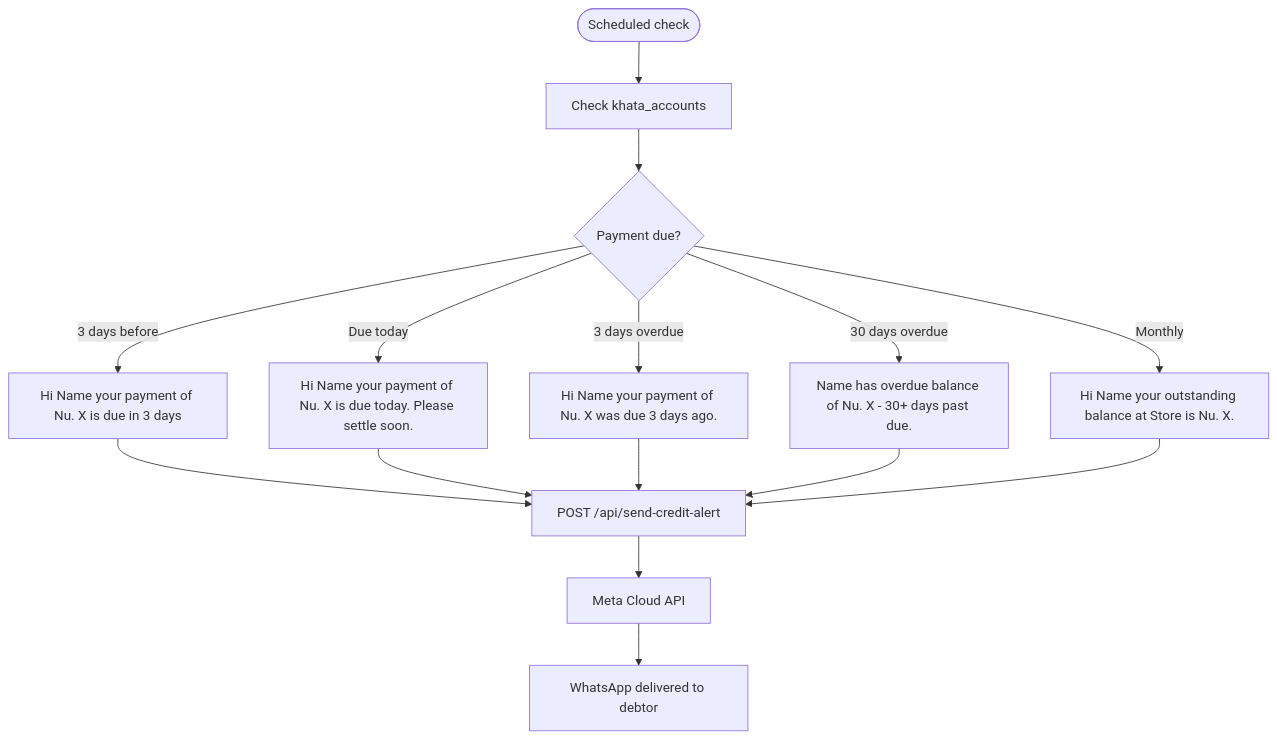
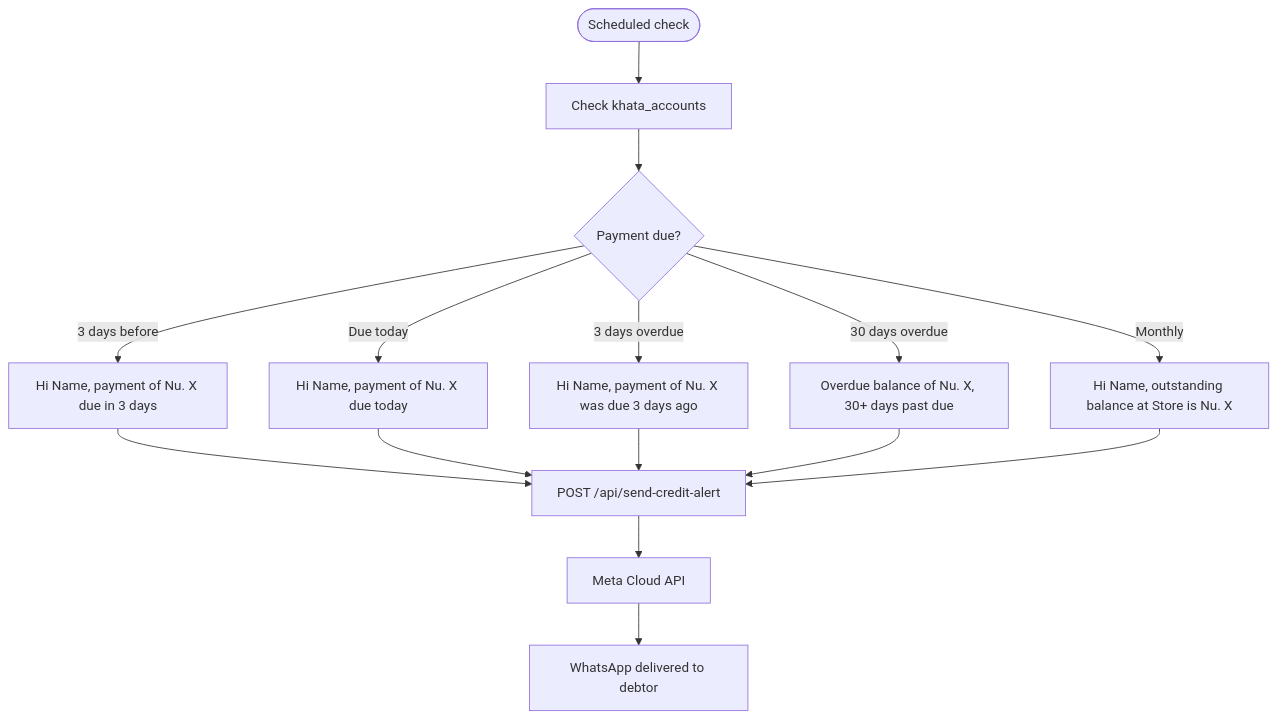
Diagram 11 of 16 in docs/USER_FLOWS.md (gstposbhutan/edgePOS), drawn with Mermaid before and after one commit. The commit also changed other lines of this file, not shown here.

First line of the commit message:
fix: escape special characters in Mermaid diagrams for VS Code rendering

````diff
--- a/docs/USER_FLOWS.md
+++ b/docs/USER_FLOWS.md
@@ -448,20 +448,20 @@
 ```mermaid
 flowchart TD
     SCHEDULE([Scheduled check]) --> CHECK[Check khata_accounts]
     CHECK --> DUE_CHECK{Payment due?}
     
-    DUE_CHECK --> |3 days before| PRE_DUE["Hi Name your payment of Nu. X is due in 3 days"]
-    DUE_CHECK --> |Due today| DUE_TODAY["Hi Name your payment of Nu. X is due today. Please settle soon."]
-    DUE_CHECK --> |3 days overdue| OVERDUE_3D["Hi Name your payment of Nu. X was due 3 days ago."]
-    DUE_CHECK --> |30 days overdue| OVERDUE_30D["Name has overdue balance of Nu. X - 30+ days past due."]
-    DUE_CHECK --> |Monthly| MONTHLY["Hi Name your outstanding balance at Store is Nu. X."]
+    DUE_CHECK --> |3 days before| PRE_DUE["Hi Name, payment of Nu. X due in 3 days"]
+    DUE_CHECK --> |Due today| DUE_TODAY["Hi Name, payment of Nu. X due today"]
+    DUE_CHECK --> |3 days overdue| OVERDUE_3D["Hi Name, payment of Nu. X was due 3 days ago"]
+    DUE_CHECK --> |30 days overdue| OVERDUE_30D["Overdue balance of Nu. X, 30+ days past due"]
+    DUE_CHECK --> |Monthly| MONTHLY["Hi Name, outstanding balance at Store is Nu. X"]
     
-    PRE_DUE --> GW[POST /api/send-credit-alert]
+    PRE_DUE --> GW["POST /api/send-credit-alert"]
     DUE_TODAY --> GW
     OVERDUE_3D --> GW
     OVERDUE_30D --> GW
     MONTHLY --> GW
     
     GW --> META[Meta Cloud API]
     META --> PHONE[WhatsApp delivered to debtor]
 ```
````
